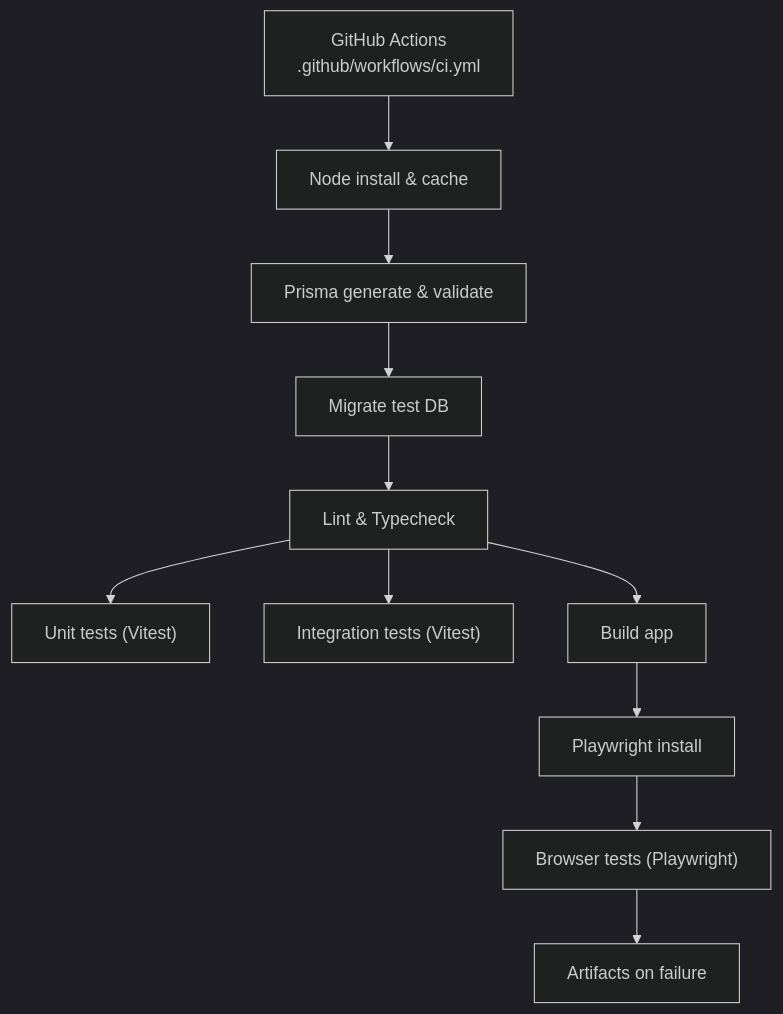
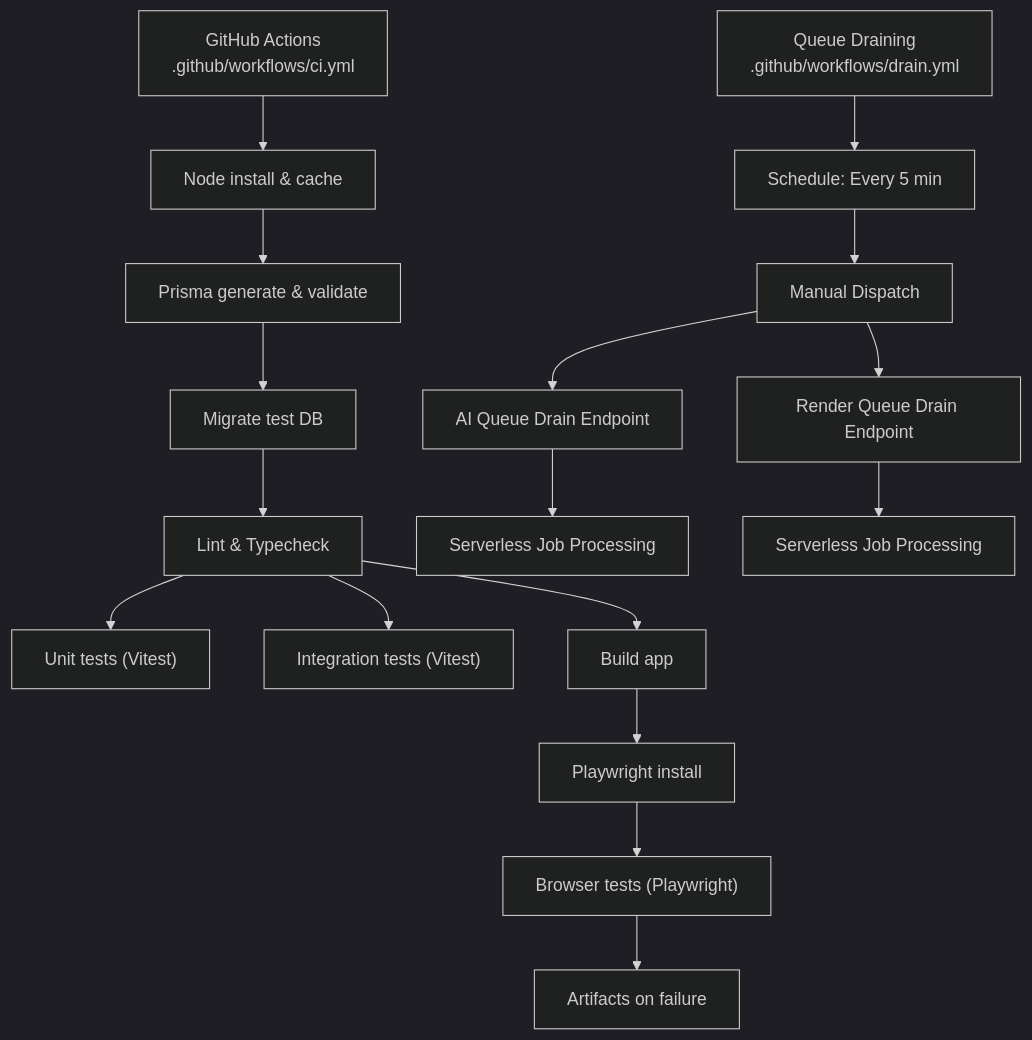
One commit to Crowdspender/titchybooks-app changed the first of 11 diagrams in .qoder/repowiki/en/content/Deployment & Operations/CI_CD Pipeline & Automated Testing.md. Above: the diagram before and after it, drawn with Mermaid (dark theme). The commit also changed other lines of this file and 13 other files, not shown here.

````diff
--- a/.qoder/repowiki/en/content/Deployment & Operations/CI_CD Pipeline & Automated Testing.md
+++ b/.qoder/repowiki/en/content/Deployment & Operations/CI_CD Pipeline & Automated Testing.md
@@ -41,13 +56,19 @@
 ```mermaid
 graph TB
 A["GitHub Actions<br/>.github/workflows/ci.yml"] --> B["Node install & cache"]
 B --> C["Prisma generate & validate"]
 C --> D["Migrate test DB"]
 D --> E["Lint & Typecheck"]
 E --> F["Unit tests (Vitest)"]
 E --> G["Integration tests (Vitest)"]
 E --> H["Build app"]
 H --> I["Playwright install"]
 I --> J["Browser tests (Playwright)"]
 J --> K["Artifacts on failure"]
+L["Queue Draining<br/>.github/workflows/drain.yml"] --> M["Schedule: Every 5 min"]
+M --> N["Manual Dispatch"]
+N --> O["AI Queue Drain Endpoint"]
+N --> P["Render Queue Drain Endpoint"]
+O --> Q["Serverless Job Processing"]
+P --> R["Serverless Job Processing"]
 ```
````
